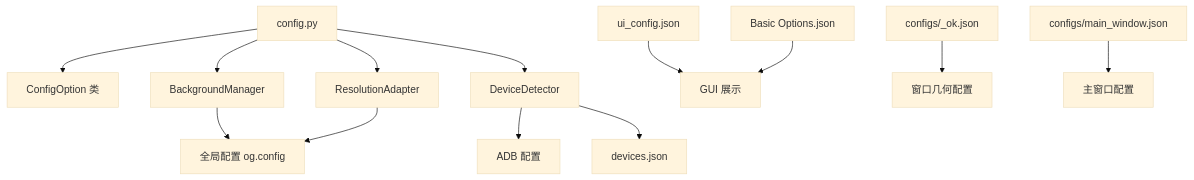
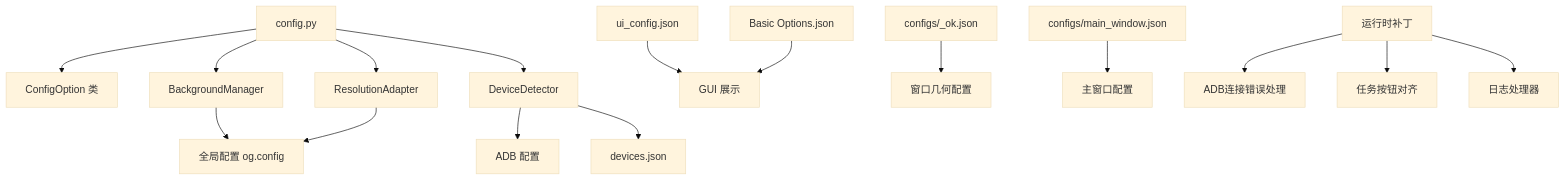
Before and after one commit to xsy098-max/ok-jump: the third of 3 diagrams in .qoder/repowiki/zh/content/配置系统/主配置文件.md, drawn with Mermaid (base theme). The commit also changed other lines of this file and 22 other files, not shown here.

````diff
--- a/.qoder/repowiki/zh/content/配置系统/主配置文件.md
+++ b/.qoder/repowiki/zh/content/配置系统/主配置文件.md
@@ -355,15 +393,18 @@
 ```mermaid
 graph TB
 cfg["config.py"] --> co["ConfigOption 类"]
 cfg --> bgm["BackgroundManager"]
 cfg --> ra["ResolutionAdapter"]
 cfg --> dev["DeviceDetector"]
 bgm --> gcfg["全局配置 og.config"]
 ra --> gcfg
 dev --> adb["ADB 配置"]
 dev --> dj["devices.json"]
 ui["ui_config.json"] --> gui["GUI 展示"]
 bo["Basic Options.json"] --> gui
 ok["configs/_ok.json"] --> window["窗口几何配置"]
 mw["configs/main_window.json"] --> mwcfg["主窗口配置"]
+patch["运行时补丁"] --> adbpatch["ADB连接错误处理"]
+patch --> btnpatch["任务按钮对齐"]
+patch --> logpatch["日志处理器"]
 ```
````
